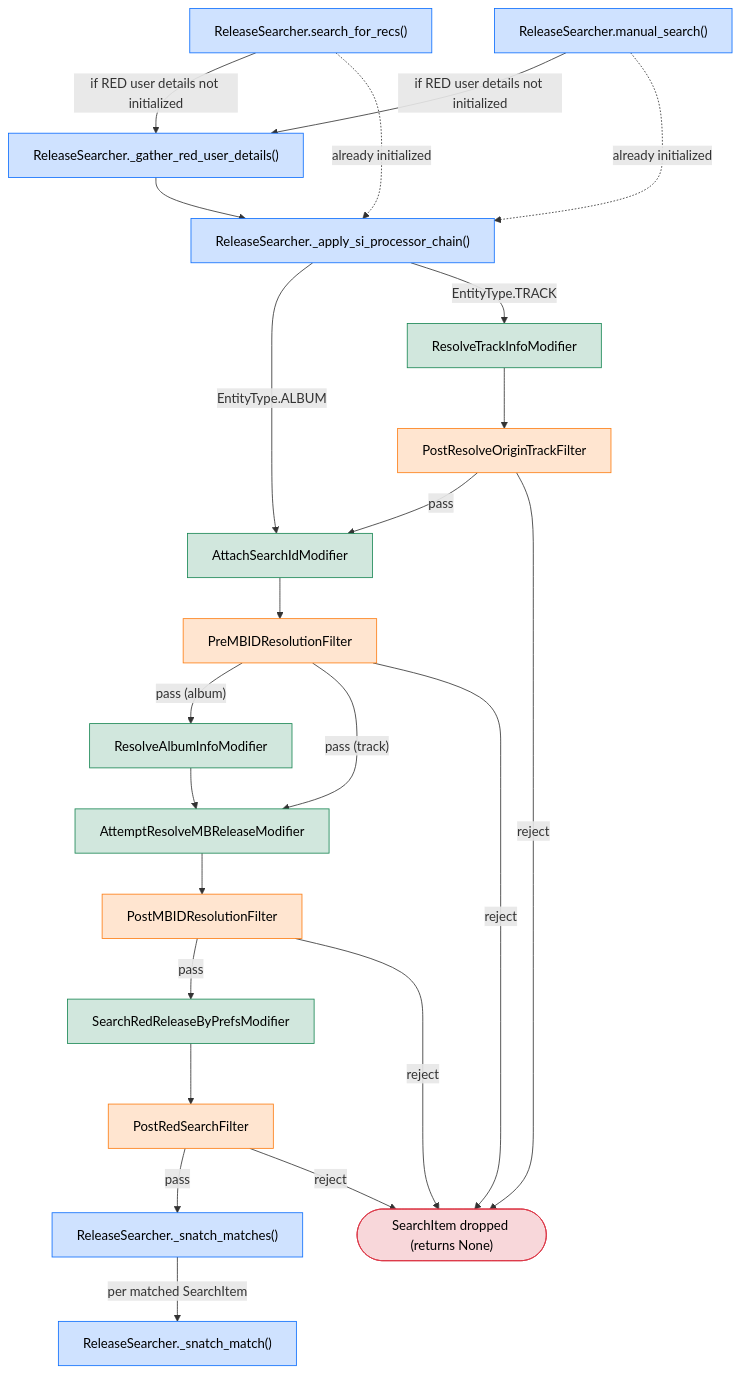
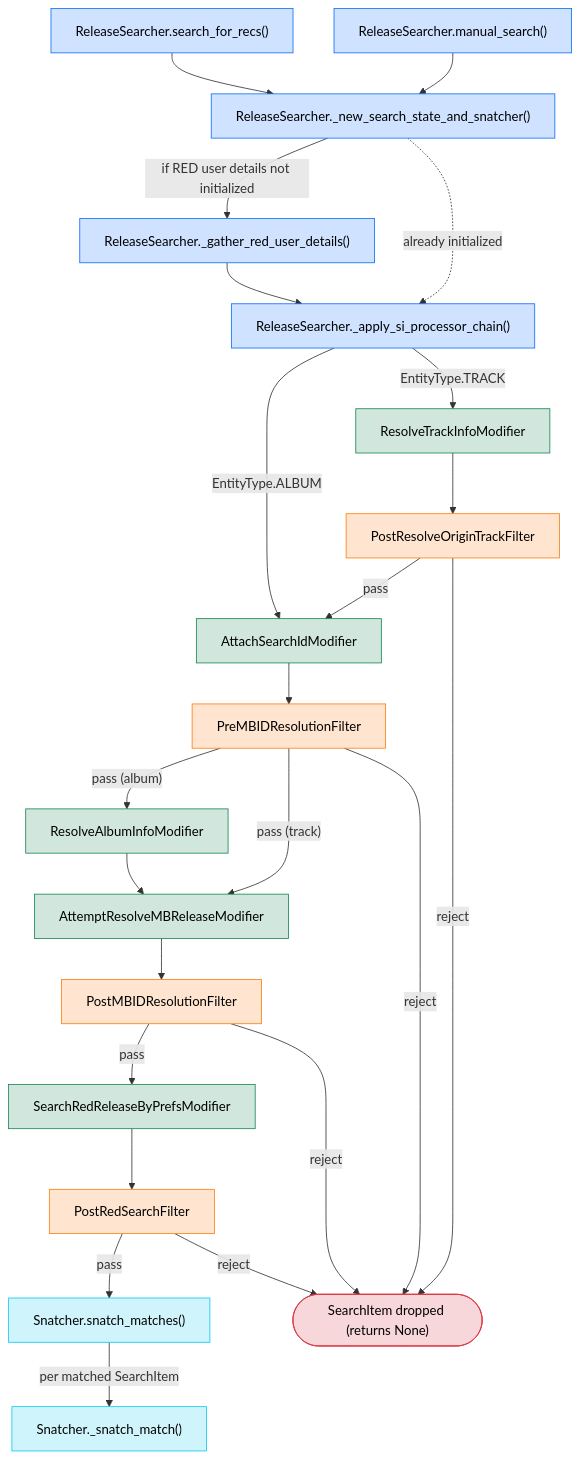
Before and after one commit to windexvalence/plastered: the first of 2 diagrams in plastered/release_search/search_process_overview.md, drawn with Mermaid. The commit also changed other lines of this file and 30 other files, not shown here.

````diff
--- a/plastered/release_search/search_process_overview.md
+++ b/plastered/release_search/search_process_overview.md
@@ -18,62 +24,65 @@
 ```mermaid
 flowchart TD
     %% ── ReleaseSearcher entrypoints & orchestration ──
     SFR["ReleaseSearcher.search_for_recs()"]
     MS["ReleaseSearcher.manual_search()"]
+    NEW_STATE["ReleaseSearcher._new_search_state_and_snatcher()"]
     GRUD["ReleaseSearcher._gather_red_user_details()"]
     APPLY["ReleaseSearcher._apply_si_processor_chain()"]
-    SNATCHES["ReleaseSearcher._snatch_matches()"]
-    SNATCH["ReleaseSearcher._snatch_match()"]
+    SNATCHES["Snatcher.snatch_matches()"]
+    SNATCH["Snatcher._snatch_match()"]
     DROP(["SearchItem dropped (returns None)"])
 
     %% ── Processors ──
     RESOLVE_TRACK["ResolveTrackInfoModifier"]
     POST_TRACK["PostResolveOriginTrackFilter"]
     ATTACH["AttachSearchIdModifier"]
     PREMBID["PreMBIDResolutionFilter"]
     RESOLVE_ALBUM["ResolveAlbumInfoModifier"]
     ATTEMPT_MB["AttemptResolveMBReleaseModifier"]
     POSTMBID["PostMBIDResolutionFilter"]
     SEARCH_RED["SearchRedReleaseByPrefsModifier"]
     POST_RED["PostRedSearchFilter"]
 
-    SFR -->|"if RED user details not initialized"| GRUD
-    MS -->|"if RED user details not initialized"| GRUD
-    SFR -.->|"already initialized"| APPLY
-    MS -.->|"already initialized"| APPLY
+    SFR --> NEW_STATE
+    MS --> NEW_STATE
+    NEW_STATE -->|"if RED user details not initialized"| GRUD
+    NEW_STATE -.->|"already initialized"| APPLY
     GRUD --> APPLY
 
     APPLY -->|"EntityType.ALBUM"| ATTACH
     APPLY -->|"EntityType.TRACK"| RESOLVE_TRACK
 
     RESOLVE_TRACK --> POST_TRACK
     POST_TRACK -->|pass| ATTACH
     POST_TRACK -->|reject| DROP
 
     ATTACH --> PREMBID
     PREMBID -->|"pass (album)"| RESOLVE_ALBUM
     PREMBID -->|"pass (track)"| ATTEMPT_MB
     PREMBID -->|reject| DROP
     RESOLVE_ALBUM --> ATTEMPT_MB
 
     ATTEMPT_MB --> POSTMBID
     POSTMBID -->|pass| SEARCH_RED
     POSTMBID -->|reject| DROP
 
     SEARCH_RED --> POST_RED
     POST_RED -->|pass| SNATCHES
     POST_RED -->|reject| DROP
 
     SNATCHES -->|"per matched SearchItem"| SNATCH
 
     %% ── Styling ──
     classDef rsMethod fill:#cfe2ff,stroke:#0d6efd,color:#000;
+    classDef snatcher fill:#cff4fc,stroke:#0dcaf0,color:#000;
     classDef modifier fill:#d1e7dd,stroke:#198754,color:#000;
     classDef filter fill:#ffe5d0,stroke:#fd7e14,color:#000;
     classDef terminal fill:#f8d7da,stroke:#dc3545,color:#000;
 
-    class SFR,MS,GRUD,APPLY,SNATCHES,SNATCH rsMethod;
+    class SFR,MS,NEW_STATE,GRUD,APPLY rsMethod;
+    class SNATCHES,SNATCH snatcher;
     class RESOLVE_TRACK,ATTACH,RESOLVE_ALBUM,ATTEMPT_MB,SEARCH_RED modifier;
     class POST_TRACK,PREMBID,POSTMBID,POST_RED filter;
     class DROP terminal;
 ```
````
